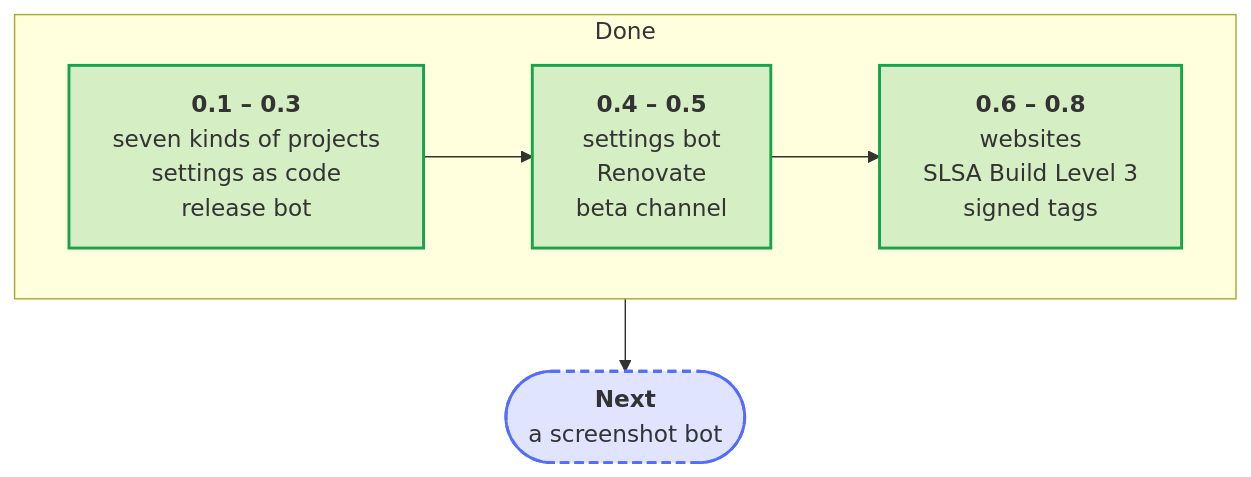
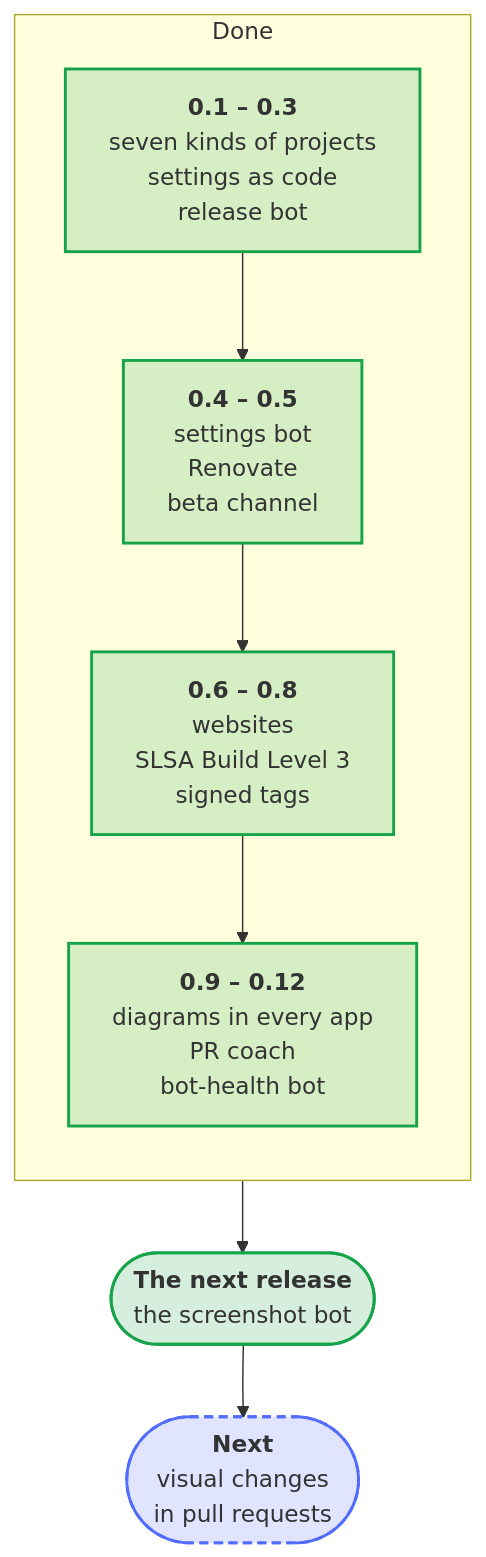
One commit to Dennis-Otto/repo-blueprint changed the diagram in docs/diagrams/the-larger-steps-of-the-blueprint.mmd. Above: the diagram before and after it, drawn with Mermaid. The commit also changed 39 other files, not shown here.

First line of the commit message:
feat: a screenshot bot in every repository, and pictures the bot renews

```diff
--- a/docs/diagrams/the-larger-steps-of-the-blueprint.mmd
+++ b/docs/diagrams/the-larger-steps-of-the-blueprint.mmd
@@ -1,24 +1,26 @@
 ---
 config:
   flowchart:
     wrappingWidth: 400
 ---
 flowchart TB
     accTitle: The larger steps of the blueprint
-    accDescr: 0.1 to 0.3 brought seven kinds of projects, the settings as code and the release bot; 0.4 and 0.5 the settings bot, Renovate and the beta channel; 0.6 to 0.8 the websites, SLSA Build Level 3 and signed tags. Next comes a screenshot bot.
+    accDescr: 0.1 to 0.3 brought seven kinds of projects, the settings as code and the release bot; 0.4 and 0.5 the settings bot, Renovate and the beta channel; 0.6 to 0.8 the websites, SLSA Build Level 3 and signed tags; 0.9 to 0.12 the diagrams that every app shows, the PR coach and the bot-health bot. The next release brings the screenshot bot; next come the visual changes in pull requests.
 
     subgraph done ["Done"]
-        direction LR
+        direction TB
         early["`**0.1 – 0.3**<br>seven kinds of projects<br>settings as code<br>release bot`"]
         middle["`**0.4 – 0.5**<br>settings bot<br>Renovate<br>beta channel`"]
         late["`**0.6 – 0.8**<br>websites<br>SLSA Build Level 3<br>signed tags`"]
-        early --> middle --> late
+        recent["`**0.9 – 0.12**<br>diagrams in every app<br>PR coach<br>bot-health bot`"]
+        early --> middle --> late --> recent
     end
 
-    next(["`**Next**<br>a screenshot bot`"])
-    done --> next
+    soon(["`**The next release**<br>the screenshot bot`"])
+    next(["`**Next**<br>visual changes<br>in pull requests`"])
+    done --> soon --> next
 
     classDef done fill:#16a34a2e,stroke:#16a34a,stroke-width:2px
     classDef plan fill:#526cfe2e,stroke:#526cfe,stroke-width:2px,stroke-dasharray:6 4
-    class early,middle,late done
+    class early,middle,late,recent,soon done
     class next plan
```
